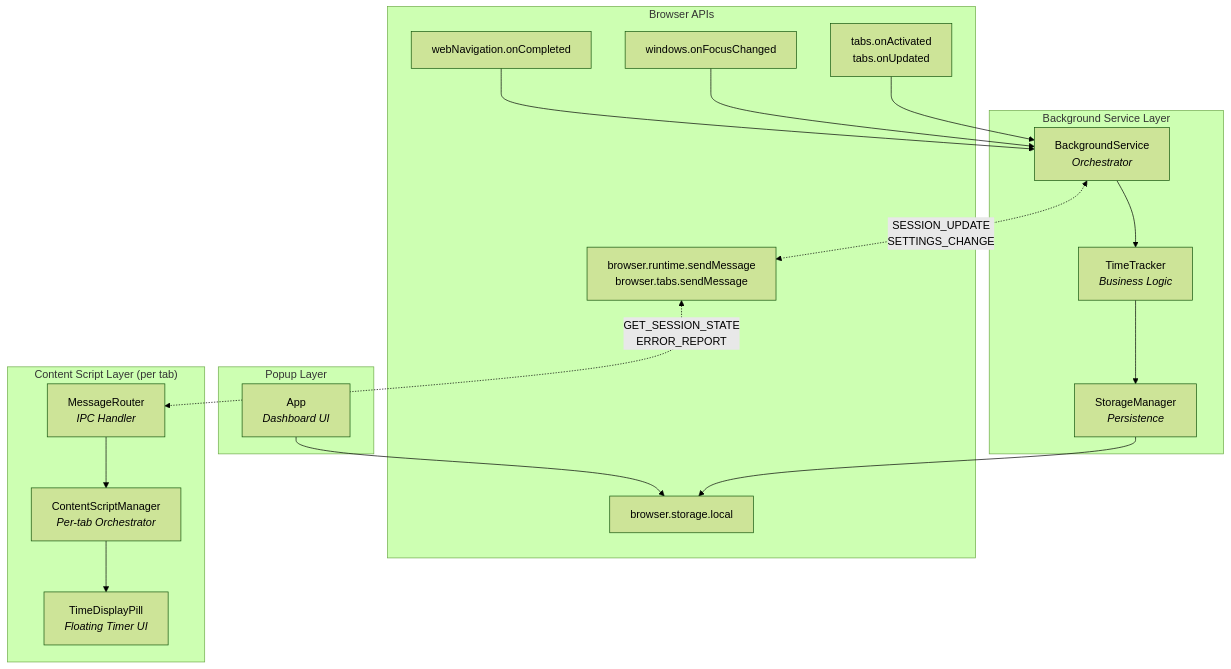
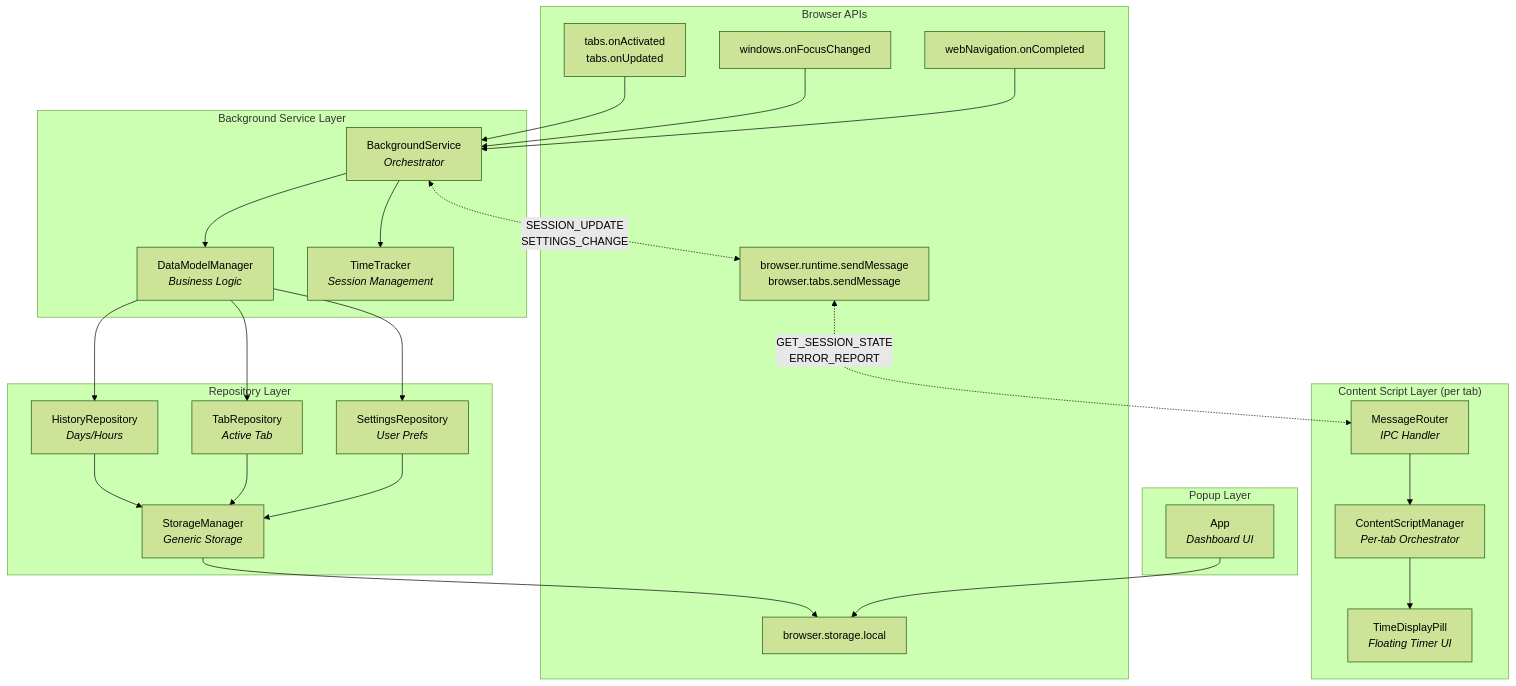
The first of 2 diagrams in docs/architecture-components.md (JayDosunmu/web-time-tracker), drawn with Mermaid (forest theme) before and after one commit. The commit also changed other lines of this file and 4 other files, not shown here.

Commit message:
Update documentation for architecture

````diff
--- a/docs/architecture-components.md
+++ b/docs/architecture-components.md
@@ -7,47 +7,60 @@
 ```mermaid
 graph TB
     subgraph Browser["Browser APIs"]
         tabs["tabs.onActivated<br/>tabs.onUpdated"]
         windows["windows.onFocusChanged"]
         webNav["webNavigation.onCompleted"]
         storage["browser.storage.local"]
         runtime["browser.runtime.sendMessage<br/>browser.tabs.sendMessage"]
     end
 
     subgraph Background["Background Service Layer"]
         BS["BackgroundService<br/><i>Orchestrator</i>"]
-        TT["TimeTracker<br/><i>Business Logic</i>"]
-        SM["StorageManager<br/><i>Persistence</i>"]
+        DMM["DataModelManager<br/><i>Business Logic</i>"]
+        TT["TimeTracker<br/><i>Session Management</i>"]
+    end
+
+    subgraph Repositories["Repository Layer"]
+        HR["HistoryRepository<br/><i>Days/Hours</i>"]
+        TR["TabRepository<br/><i>Active Tab</i>"]
+        SR["SettingsRepository<br/><i>User Prefs</i>"]
+        SM["StorageManager<br/><i>Generic Storage</i>"]
     end
 
     subgraph Content["Content Script Layer (per tab)"]
         CSM["ContentScriptManager<br/><i>Per-tab Orchestrator</i>"]
         MR["MessageRouter<br/><i>IPC Handler</i>"]
         TDP["TimeDisplayPill<br/><i>Floating Timer UI</i>"]
     end
 
     subgraph Popup["Popup Layer"]
         APP["App<br/><i>Dashboard UI</i>"]
     end
 
     %% Browser events to BackgroundService
     tabs --> BS
     windows --> BS
     webNav --> BS
 
     %% Background internal flow
+    BS --> DMM
     BS --> TT
-    TT --> SM
+    DMM --> HR
+    DMM --> TR
+    DMM --> SR
+    HR --> SM
+    TR --> SM
+    SR --> SM
     SM --> storage
 
     %% Message passing
     BS <-.->|"SESSION_UPDATE<br/>SETTINGS_CHANGE"| runtime
     runtime <-.->|"GET_SESSION_STATE<br/>ERROR_REPORT"| MR
 
     %% Content script internal flow
     MR --> CSM
     CSM --> TDP
 
     %% Popup direct storage access
     APP --> storage
 ```
````
